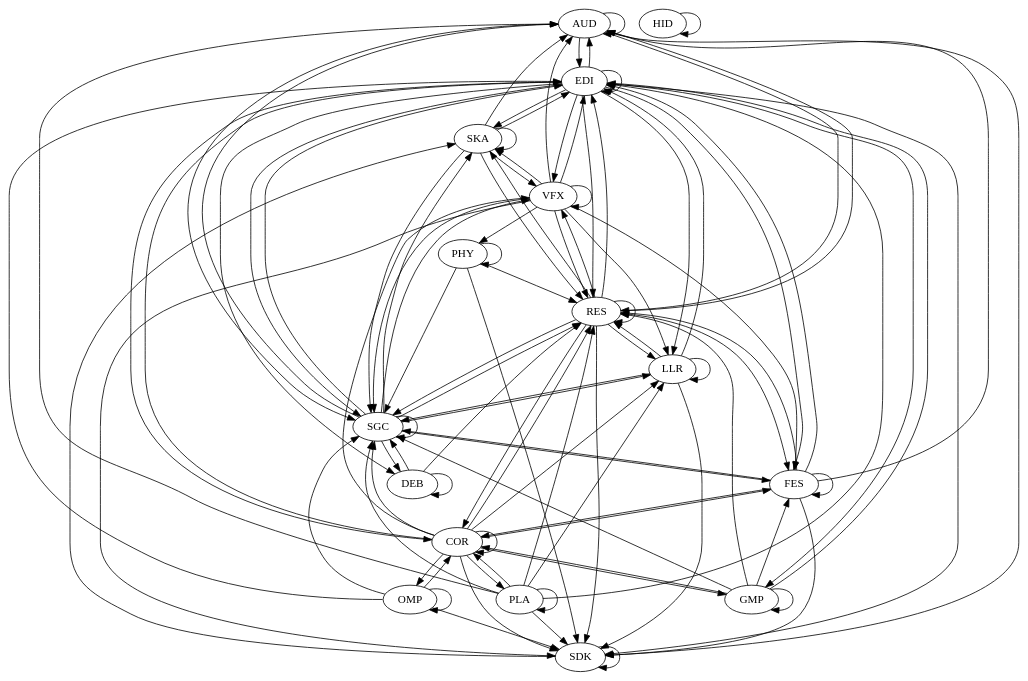
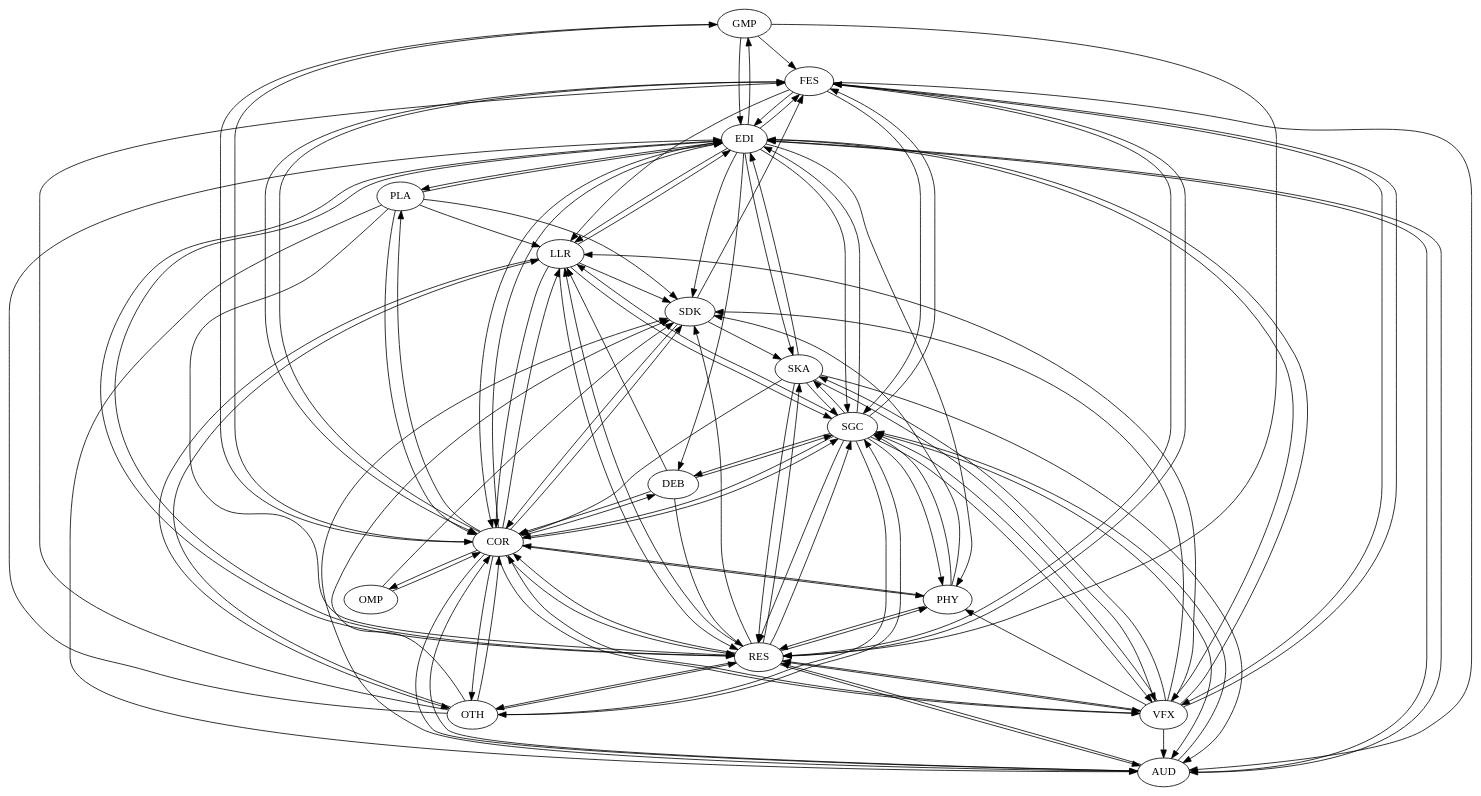
One commit to gamedev-studies/game-engine-analyser changed the diagram in 6_architectural_map_gen/outputs/godot.dot. Above: the diagram before and after it, drawn with Graphviz. The commit also changed 11 other files, not shown here.

```diff
--- a/6_architectural_map_gen/outputs/godot.dot
+++ b/6_architectural_map_gen/outputs/godot.dot
@@ -1,106 +1,115 @@
 digraph "source tree" {
-	"AUD" -> "AUD"
-	"AUD" -> "EDI"
-	"AUD" -> "RES"
-	"AUD" -> "SDK"
-	"AUD" -> "SGC"
-	"COR" -> "COR"
-	"COR" -> "EDI"
-	"COR" -> "FES"
-	"COR" -> "GMP"
-	"COR" -> "LLR"
-	"COR" -> "OMP"
-	"COR" -> "PLA"
-	"COR" -> "RES"
-	"COR" -> "SDK"
-	"COR" -> "SGC"
-	"COR" -> "VFX"
-	"DEB" -> "DEB"
-	"DEB" -> "RES"
-	"DEB" -> "SGC"
-	"EDI" -> "AUD"
-	"EDI" -> "COR"
-	"EDI" -> "DEB"
-	"EDI" -> "EDI"
-	"EDI" -> "FES"
-	"EDI" -> "GMP"
-	"EDI" -> "LLR"
-	"EDI" -> "RES"
-	"EDI" -> "SDK"
-	"EDI" -> "SGC"
-	"EDI" -> "SKA"
-	"EDI" -> "VFX"
-	"FES" -> "AUD"
-	"FES" -> "COR"
-	"FES" -> "EDI"
-	"FES" -> "FES"
-	"FES" -> "RES"
-	"FES" -> "SDK"
-	"FES" -> "SGC"
-	"GMP" -> "COR"
-	"GMP" -> "EDI"
-	"GMP" -> "FES"
-	"GMP" -> "GMP"
-	"GMP" -> "RES"
-	"GMP" -> "SGC"
-	"HID" -> "HID"
-	"LLR" -> "EDI"
-	"LLR" -> "LLR"
-	"LLR" -> "RES"
-	"LLR" -> "SDK"
-	"LLR" -> "SGC"
-	"OMP" -> "COR"
-	"OMP" -> "EDI"
-	"OMP" -> "OMP"
-	"OMP" -> "SDK"
-	"OMP" -> "SGC"
-	"PHY" -> "PHY"
-	"PHY" -> "RES"
-	"PHY" -> "SDK"
-	"PHY" -> "SGC"
-	"PLA" -> "AUD"
-	"PLA" -> "COR"
-	"PLA" -> "EDI"
-	"PLA" -> "LLR"
-	"PLA" -> "PLA"
-	"PLA" -> "RES"
-	"PLA" -> "SDK"
-	"PLA" -> "SGC"
-	"RES" -> "AUD"
-	"RES" -> "COR"
-	"RES" -> "EDI"
-	"RES" -> "FES"
-	"RES" -> "LLR"
-	"RES" -> "RES"
-	"RES" -> "SDK"
-	"RES" -> "SGC"
-	"RES" -> "SKA"
-	"RES" -> "VFX"
-	"SDK" -> "SDK"
-	"SDK" -> "SKA"
-	"SGC" -> "AUD"
-	"SGC" -> "DEB"
-	"SGC" -> "EDI"
-	"SGC" -> "FES"
-	"SGC" -> "LLR"
-	"SGC" -> "RES"
-	"SGC" -> "SGC"
-	"SGC" -> "SKA"
-	"SGC" -> "VFX"
-	"SKA" -> "AUD"
-	"SKA" -> "EDI"
-	"SKA" -> "RES"
-	"SKA" -> "SGC"
-	"SKA" -> "SKA"
-	"SKA" -> "VFX"
-	"VFX" -> "AUD"
-	"VFX" -> "EDI"
-	"VFX" -> "FES"
-	"VFX" -> "LLR"
-	"VFX" -> "PHY"
-	"VFX" -> "RES"
-	"VFX" -> "SDK"
-	"VFX" -> "SGC"
-	"VFX" -> "SKA"
-	"VFX" -> "VFX"
+GMP->FES
+GMP->EDI
+GMP->COR
+GMP->RES
+RES->VFX
+RES->AUD
+RES->EDI
+RES->COR
+RES->SGC
+RES->SKA
+RES->OTH
+RES->FES
+RES->PHY
+RES->SDK
+RES->LLR
+LLR->RES
+LLR->SGC
+LLR->COR
+LLR->OTH
+LLR->SDK
+LLR->EDI
+SGC->AUD
+SGC->DEB
+SGC->VFX
+SGC->EDI
+SGC->COR
+SGC->SKA
+SGC->RES
+SGC->OTH
+SGC->FES
+SGC->PHY
+SGC->LLR
+FES->RES
+FES->EDI
+FES->AUD
+FES->COR
+FES->LLR
+FES->VFX
+FES->SGC
+OMP->SDK
+OMP->COR
+COR->AUD
+COR->DEB
+COR->VFX
+COR->EDI
+COR->GMP
+COR->SGC
+COR->RES
+COR->OTH
+COR->FES
+COR->PLA
+COR->OMP
+COR->PHY
+COR->SDK
+COR->LLR
+SDK->FES
+SDK->SKA
+SDK->COR
+PHY->SDK
+PHY->SGC
+PHY->COR
+PHY->RES
+EDI->AUD
+EDI->DEB
+EDI->VFX
+EDI->COR
+EDI->GMP
+EDI->SGC
+EDI->SKA
+EDI->RES
+EDI->FES
+EDI->PLA
+EDI->PHY
+EDI->SDK
+EDI->LLR
+AUD->SGC
+AUD->RES
+AUD->COR
+AUD->SDK
+AUD->EDI
+SKA->AUD
+SKA->RES
+SKA->SGC
+SKA->COR
+SKA->VFX
+SKA->EDI
+PLA->AUD
+PLA->RES
+PLA->COR
+PLA->LLR
+PLA->SDK
+PLA->EDI
+OTH->RES
+OTH->SGC
+OTH->FES
+OTH->COR
+OTH->LLR
+OTH->SDK
+OTH->EDI
+VFX->AUD
+VFX->EDI
+VFX->COR
+VFX->SGC
+VFX->SKA
+VFX->RES
+VFX->FES
+VFX->PHY
+VFX->SDK
+VFX->LLR
+DEB->LLR
+DEB->COR
+DEB->SGC
+DEB->RES
 }
```
